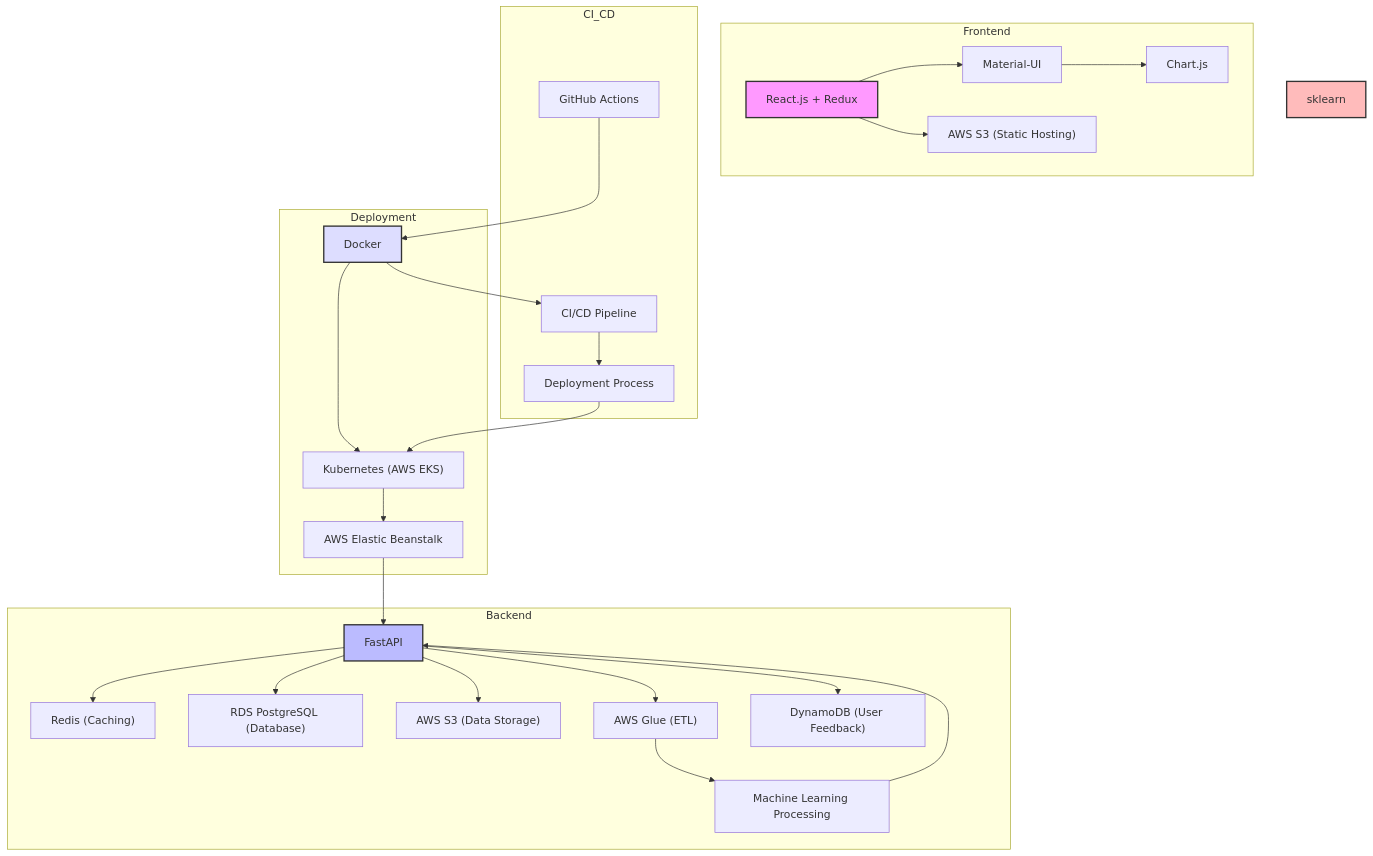
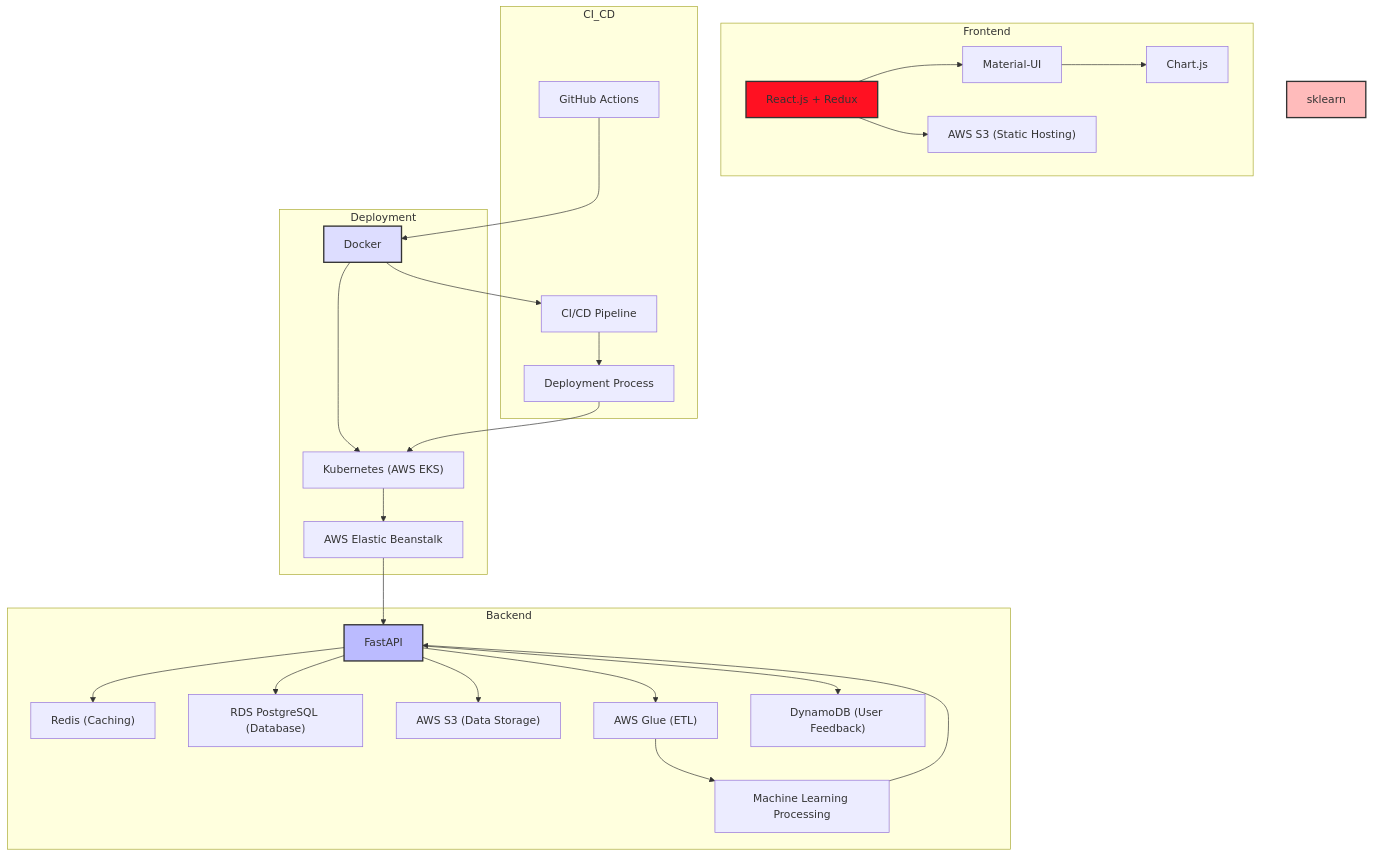
One commit to LNshuti/oil-price-dashboard changed the diagram in README.md. Above: the diagram before and after it, drawn with Mermaid.

Commit message:
remove redundant diagrams

````diff
--- a/README.md
+++ b/README.md
@@ -9,36 +9,36 @@
 ```mermaid
 graph TD;
     subgraph Frontend
         react["React.js + Redux"] --> materialui["Material-UI"]
         materialui --> chartjs["Chart.js"]
         react --> s3frontend["AWS S3 (Static Hosting)"]
     end
 
     subgraph Backend
         fastapi["FastAPI"] --> redis["Redis (Caching)"]
         fastapi --> rds["RDS PostgreSQL (Database)"]
         fastapi --> s3data["AWS S3 (Data Storage)"]
         fastapi --> glue["AWS Glue (ETL)"]
         fastapi --> dynamodb["DynamoDB (User Feedback)"]
         glue --> ml["Machine Learning Processing"]
         ml --> fastapi
     end
 
     subgraph Deployment
         docker["Docker"] --> kubernetes["Kubernetes (AWS EKS)"]
         kubernetes --> elasticbeanstalk["AWS Elastic Beanstalk"]
         elasticbeanstalk --> fastapi
     end
 
     subgraph CI_CD
         github["GitHub Actions"] --> docker
         docker --> ci["CI/CD Pipeline"]
         ci --> deployment["Deployment Process"]
         deployment --> kubernetes
     end
 
-    style react fill:#f9f,stroke:#333,stroke-width:2px
+    style react fill:#f12f,stroke:#333,stroke-width:2px
     style fastapi fill:#bbf,stroke:#333,stroke-width:2px
     style sklearn fill:#fbb,stroke:#333,stroke-width:2px
     style docker fill:#ddf,stroke:#333,stroke-width:2px
 ```
````
